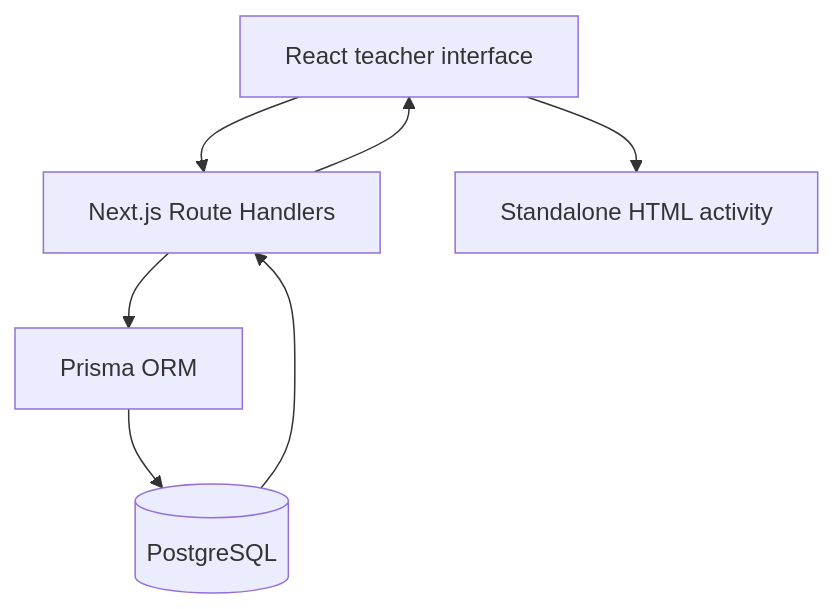
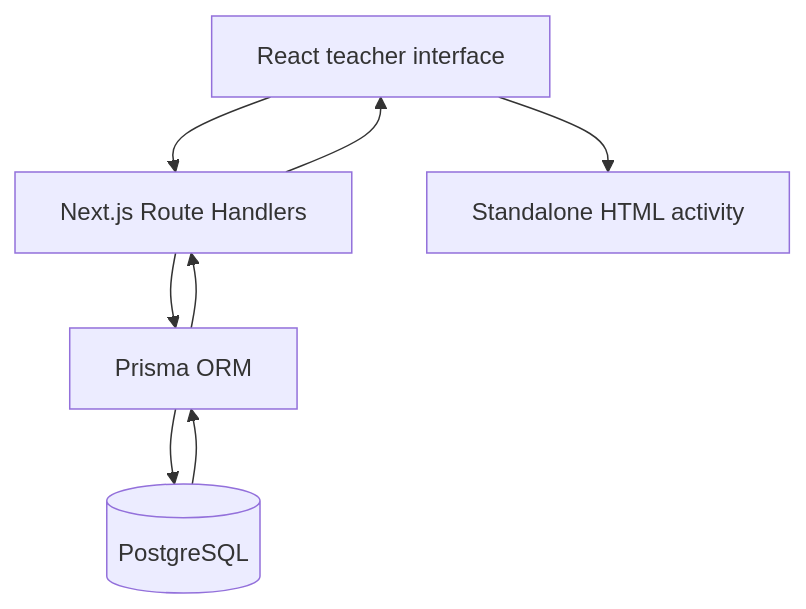
Before and after one commit to prudra1723/phoneme-activity-builder: the diagram in README.md, drawn with Mermaid. The commit also changed other lines of this file and 1 other file, not shown here.

````diff
--- a/README.md
+++ b/README.md
@@ -68,9 +53,10 @@
 ```mermaid
 flowchart TD
     UI[React teacher interface] --> API[Next.js Route Handlers]
     API --> ORM[Prisma ORM]
     ORM --> DB[(PostgreSQL)]
-    DB --> API
+    DB --> ORM
+    ORM --> API
     API --> UI
     UI --> HTML[Standalone HTML activity]
 ```
````
